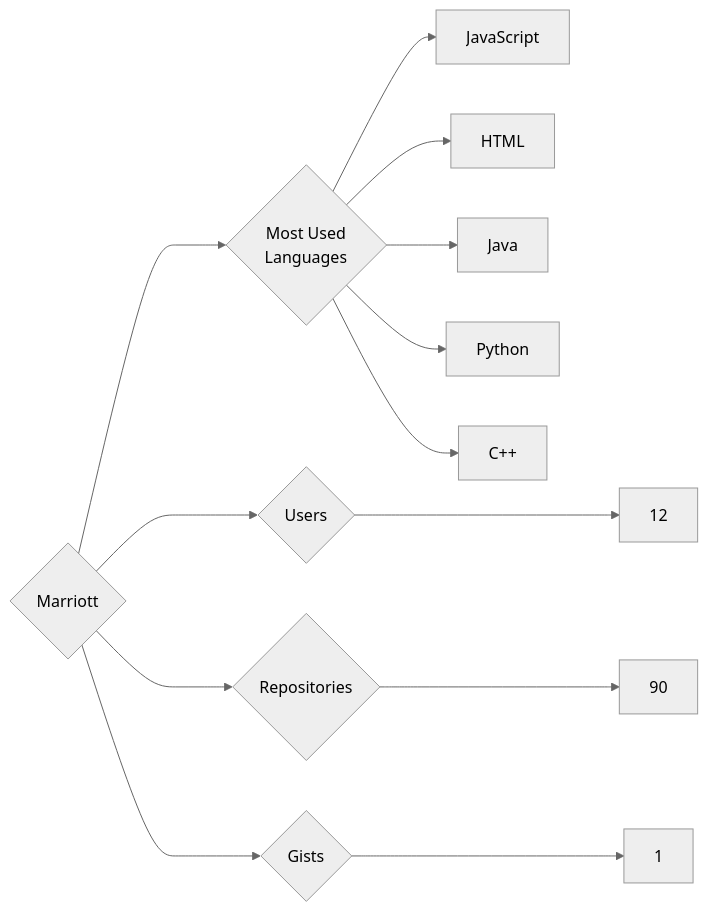
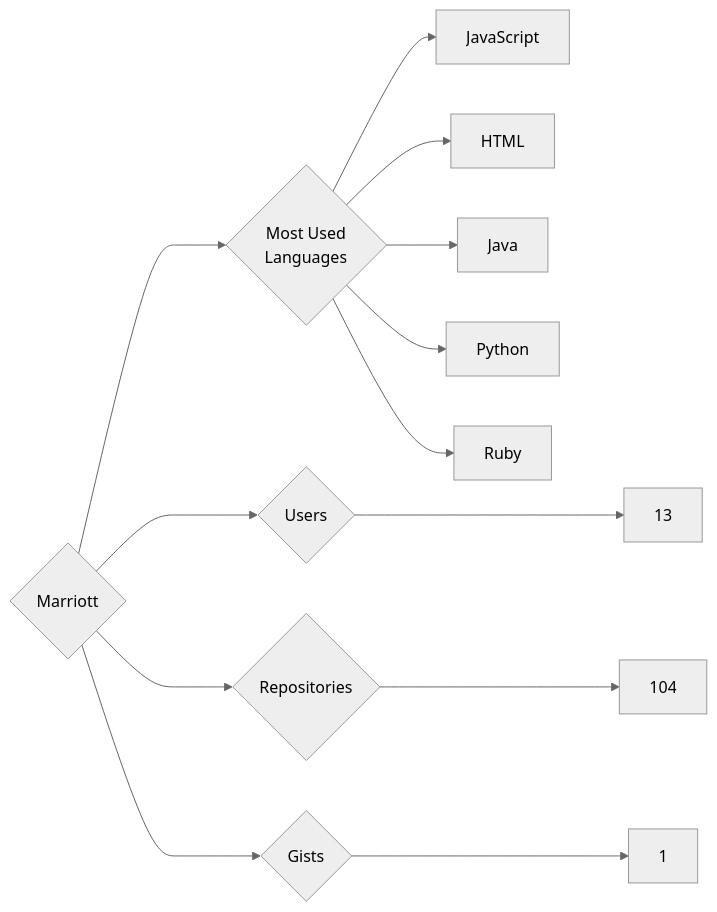
The diagram in targets/Marriott/README.md (trickest/insiders), drawn with Mermaid (neutral theme) before and after one commit. The commit also changed 444 other files, not shown here.

````diff
--- a/targets/Marriott/README.md
+++ b/targets/Marriott/README.md
@@ -3,13 +3,13 @@
 ```mermaid
 graph LR
 COMPANY_NAME{Marriott}
-COMPANY_NAME ---> U{Users} ---> UN[12]
-COMPANY_NAME ---> R{Repositories} ---> RN[90]
+COMPANY_NAME ---> U{Users} ---> UN[13]
+COMPANY_NAME ---> R{Repositories} ---> RN[104]
 COMPANY_NAME ---> G{Gists} ---> GN[1]
 COMPANY_NAME ---> ML{Most Used<br>Languages}
 ML --> JavaScript[JavaScript]
 ML --> HTML[HTML]
 ML --> Java[Java]
 ML --> Python[Python]
-ML --> C++[C++]
+ML --> Ruby[Ruby]
 ```
````
